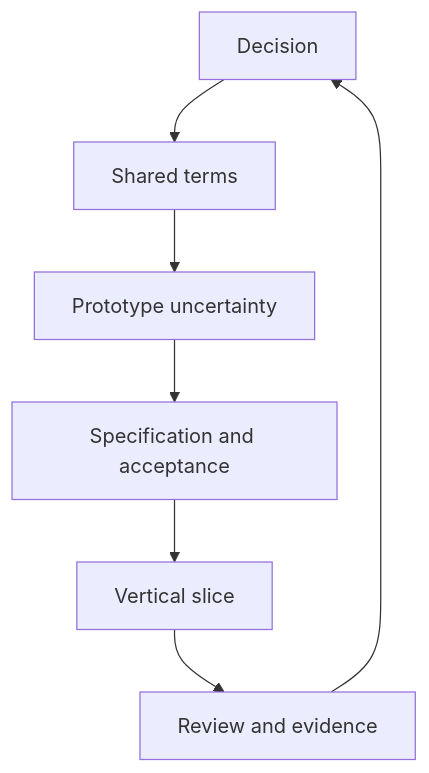
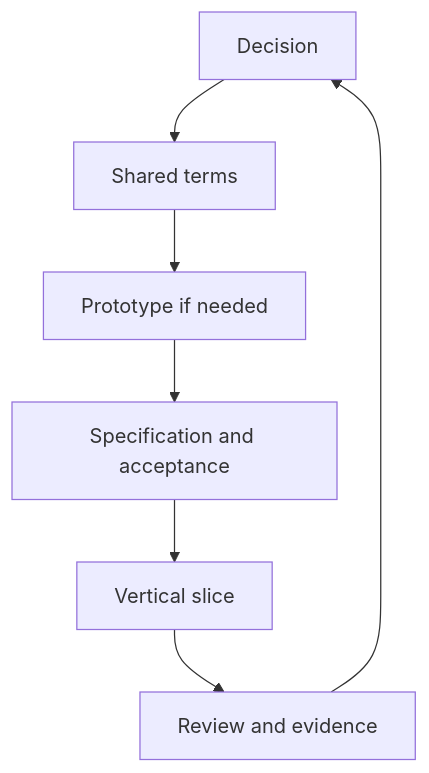
The diagram in 11_NEUTRAL_OPERATING_METHOD.md (kphomedocs-hue/matt-pocock-forensic-research), drawn with Mermaid before and after one commit. The commit also changed other lines of this file and 2 other files, not shown here.

```diff
--- a/11_NEUTRAL_OPERATING_METHOD.md
+++ b/11_NEUTRAL_OPERATING_METHOD.md
@@ -11,9 +13,9 @@
 ~~~mermaid
 flowchart TD
   A["Decision"] --> B["Shared terms"]
-  B --> C["Prototype uncertainty"]
+  B --> C["Prototype if needed"]
   C --> D["Specification and acceptance"]
   D --> E["Vertical slice"]
   E --> F["Review and evidence"]
   F --> A
 ~~~
```
